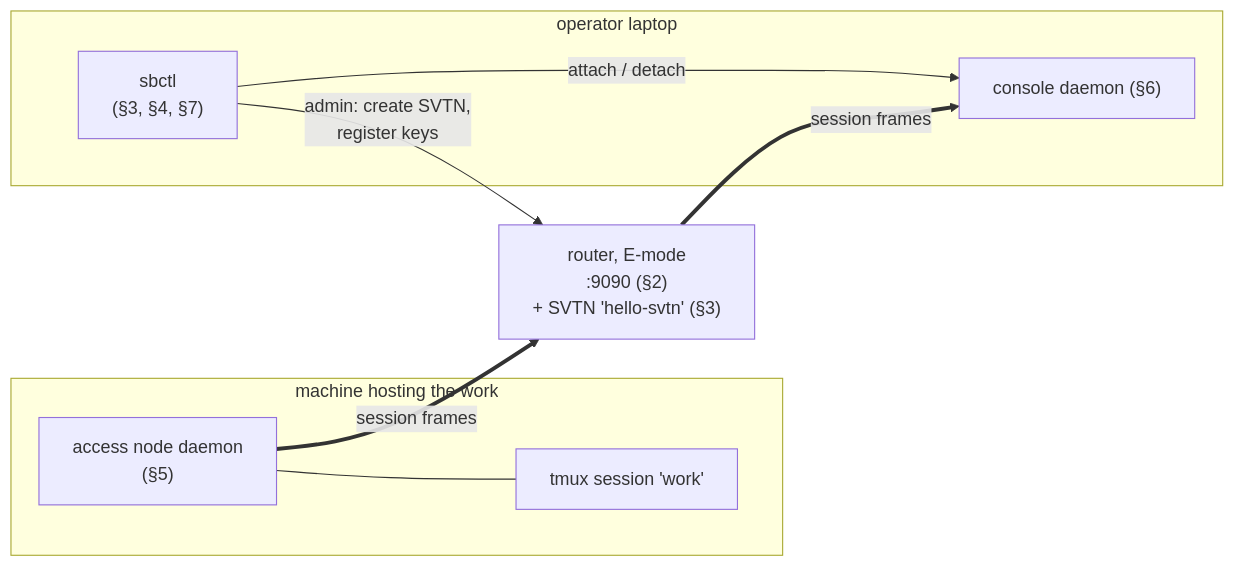
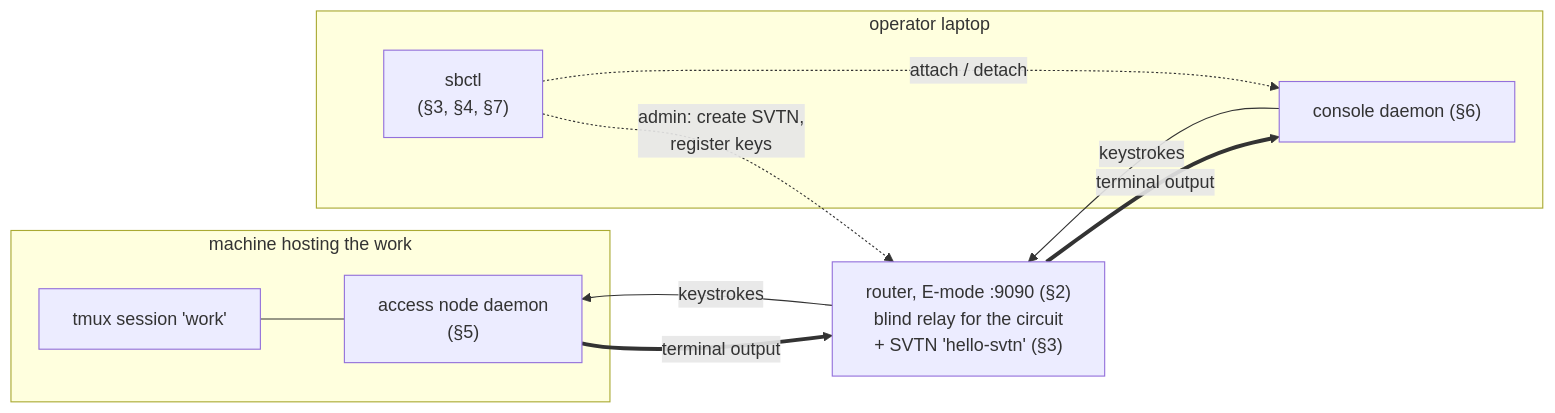
The first of 2 diagrams in docs/getting-started.md (ArcavenAE/switchboard-blue), drawn with Mermaid before and after one commit. The commit also changed other lines of this file and 9 other files, not shown here.

````diff
--- a/docs/getting-started.md
+++ b/docs/getting-started.md
@@ -16,17 +22,18 @@
 ```mermaid
 graph LR
     subgraph work["machine hosting the work"]
         TM["tmux session 'work'"]
         AN["access node daemon<br/>(§5)"]
-        AN --- TM
+        TM --- AN
     end
-    R["router, E-mode<br/>:9090 (§2)<br/>+ SVTN 'hello-svtn' (§3)"]
+    R["router, E-mode :9090 (§2)<br/>blind relay for the circuit<br/>+ SVTN 'hello-svtn' (§3)"]
     subgraph laptop["operator laptop"]
         CN["console daemon (§6)"]
         SB["sbctl<br/>(§3, §4, §7)"]
     end
 
-    AN == "session frames" ==> R == "session frames" ==> CN
-    SB -- "admin: create SVTN,<br/>register keys" --> R
-    SB -- "attach / detach" --> CN
+    AN == "terminal output" ==> R == "terminal output" ==> CN
+    CN -- "keystrokes" --> R -- "keystrokes" --> AN
+    SB -. "admin: create SVTN,<br/>register keys" .-> R
+    SB -. "attach / detach" .-> CN
 ```
````
